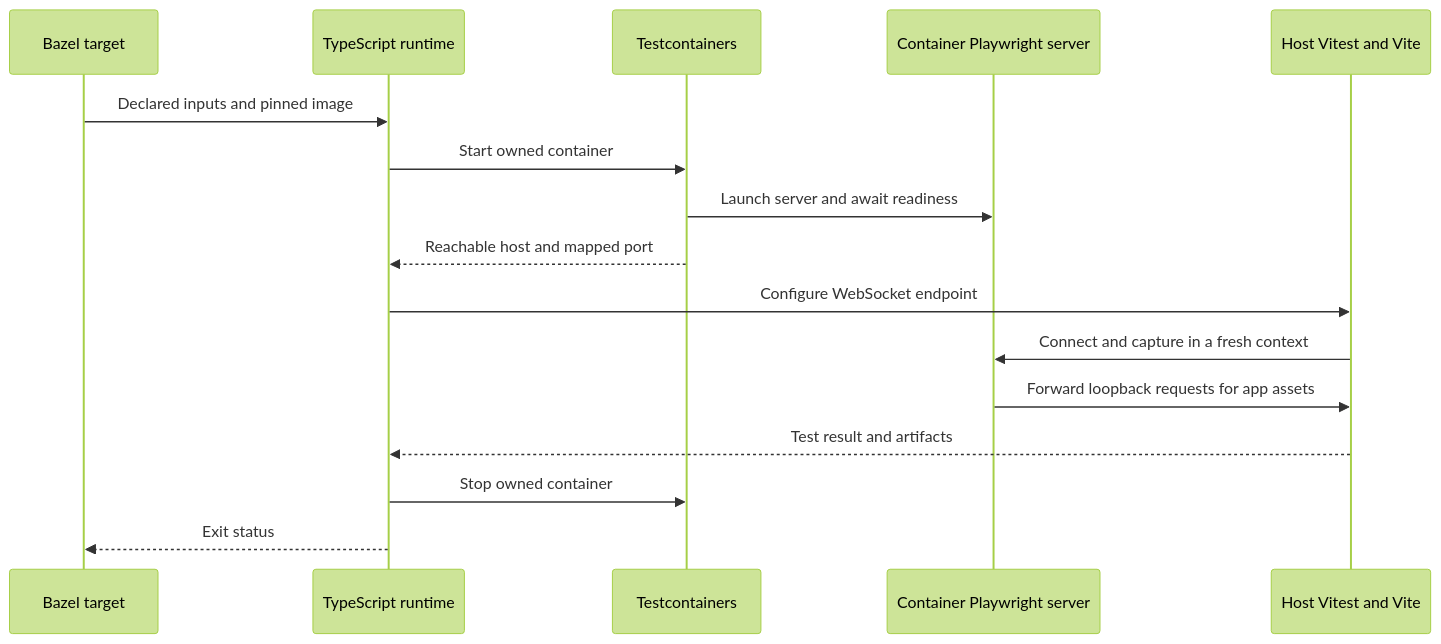
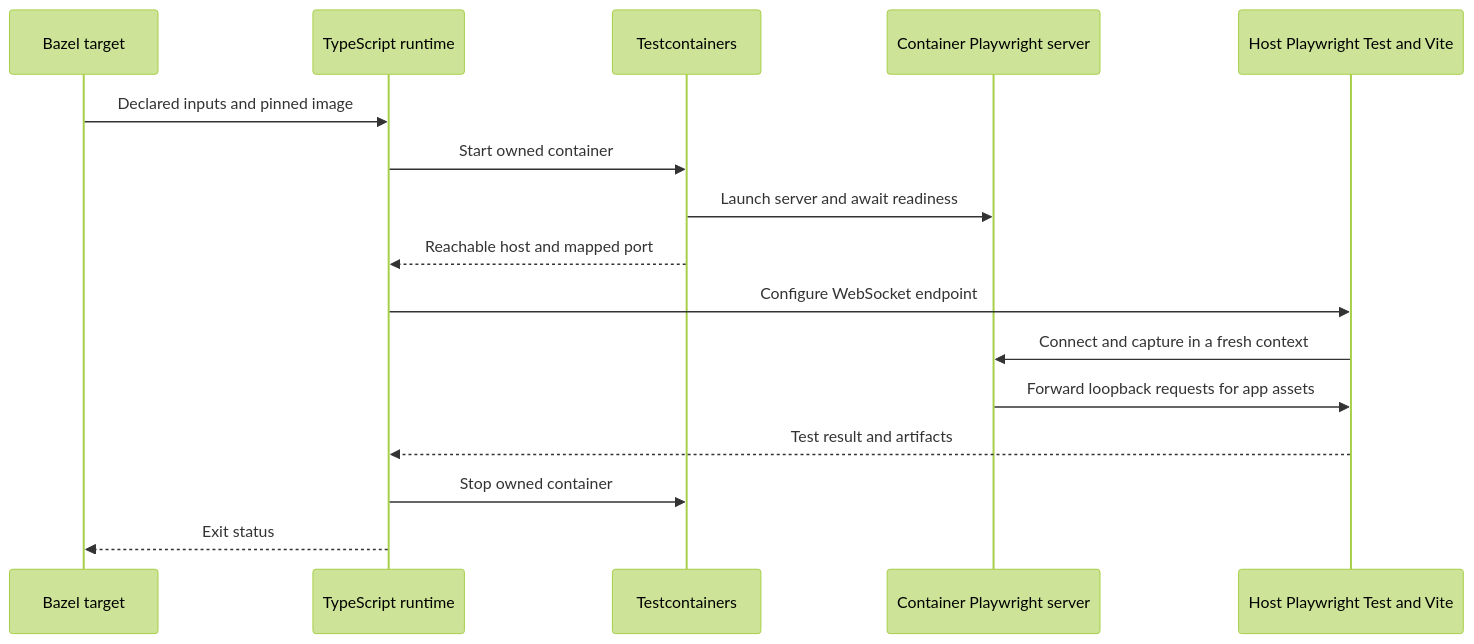
The diagram in docs/testcontainers-vrt.md (perplexityai/rules_web_e2e), drawn with Mermaid (forest theme) before and after one commit. The commit also changed other lines of this file and 23 other files, not shown here.

Commit message:
refactor: replace Vitest with Playwright Test for VRT

````diff
--- a/docs/testcontainers-vrt.md
+++ b/docs/testcontainers-vrt.md
@@ -33,18 +33,18 @@
 ```mermaid
 sequenceDiagram
   participant Target as Bazel target
   participant Runtime as TypeScript runtime
   participant TC as Testcontainers
   participant PW as Container Playwright server
-  participant App as Host Vitest and Vite
+  participant App as Host Playwright Test and Vite
   Target->>Runtime: Declared inputs and pinned image
   Runtime->>TC: Start owned container
   TC->>PW: Launch server and await readiness
   TC-->>Runtime: Reachable host and mapped port
   Runtime->>App: Configure WebSocket endpoint
   App->>PW: Connect and capture in a fresh context
   PW->>App: Forward loopback requests for app assets
   App-->>Runtime: Test result and artifacts
   Runtime->>TC: Stop owned container
   Runtime-->>Target: Exit status
 ```
````
